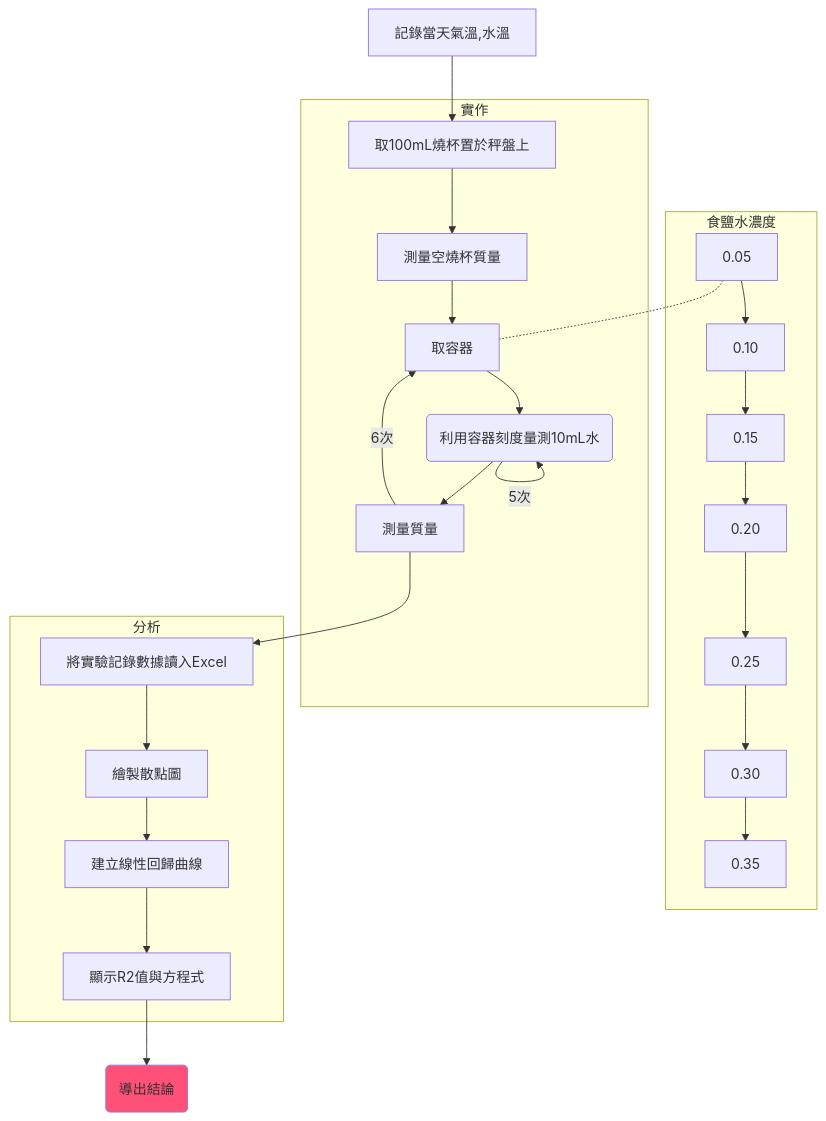
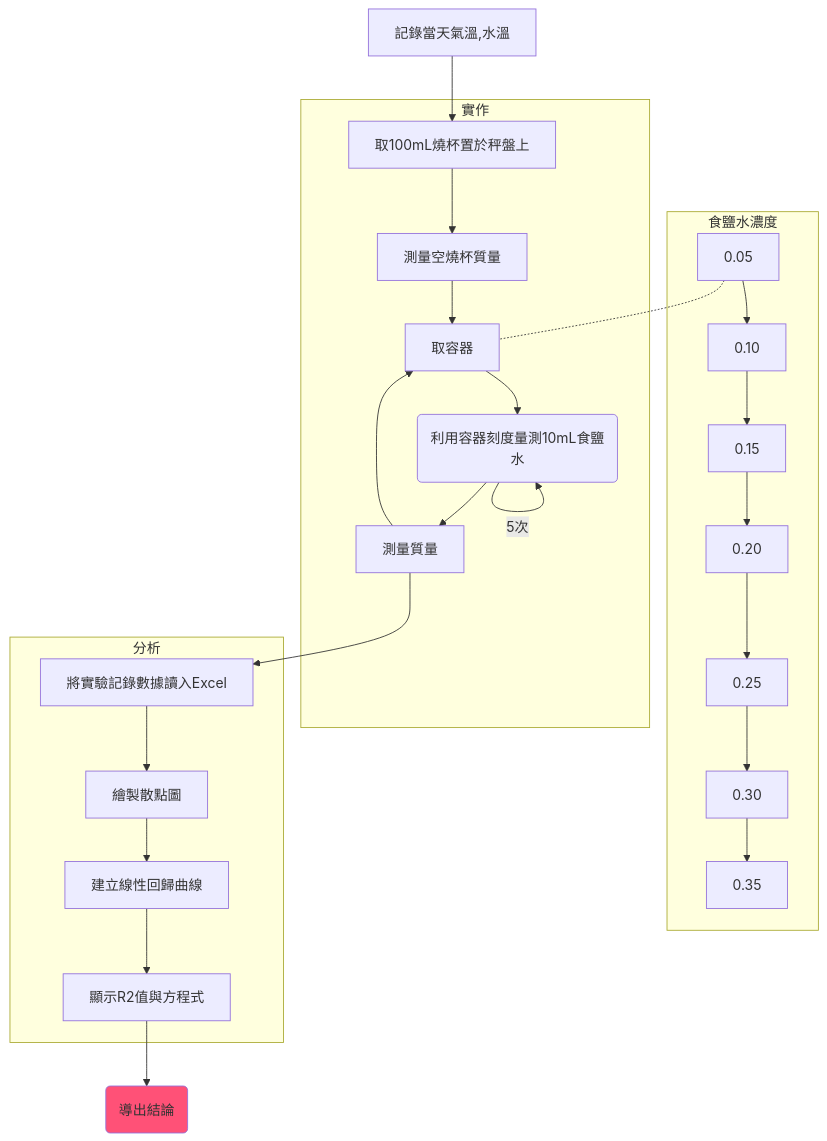
Before and after one commit to Ethane1755/Obsidian: the diagram in Zettelkasten/自然探究.md, drawn with Mermaid. The commit also changed 1 other file, not shown here.

Commit message:
Obsidian Backup 2021-09-22 13:00

````diff
--- a/Zettelkasten/自然探究.md
+++ b/Zettelkasten/自然探究.md
@@ -25,20 +25,20 @@
 ```mermaid
 graph TD
 記錄當天氣溫,水溫-->取100mL燒杯置於秤盤上
 subgraph 食鹽水濃度
 0.05-->0.10-->0.15-->0.20-->0.25-->0.30-->0.35
 end
 subgraph 實作
 取100mL燒杯置於秤盤上-->測量空燒杯質量-->取容器
-取容器-->id1(利用容器刻度量測10mL水)-->測量質量
+取容器-->id1(利用容器刻度量測10mL食鹽水)-->測量質量
 id1-->|5次|id1
 0.05-.-取容器
-測量質量-->|6次|取容器
+測量質量-->取容器
 end
 測量質量-->將實驗記錄數據讀入Excel
 subgraph 分析
 將實驗記錄數據讀入Excel-->繪製散點圖-->建立線性回歸曲線-->顯示R2值與方程式
 end
 顯示R2值與方程式-->id2(導出結論)
 style id2 fill:#FF5177
 ```
````
